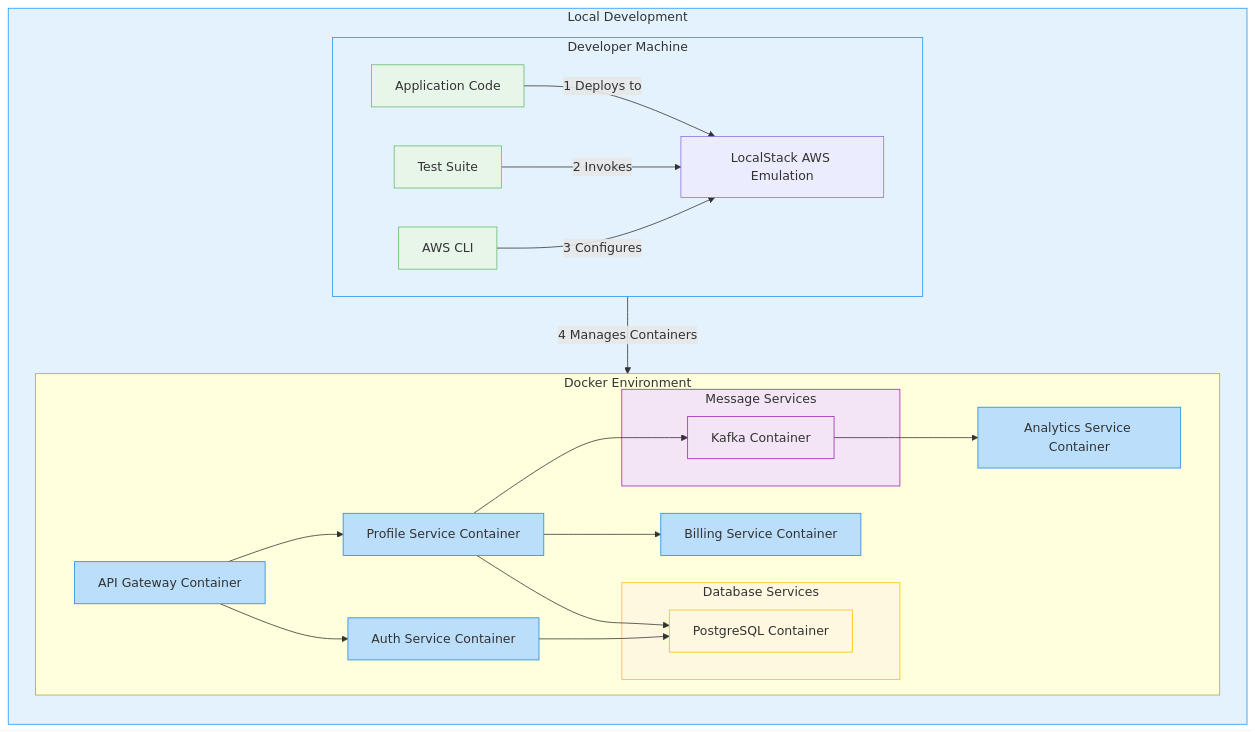
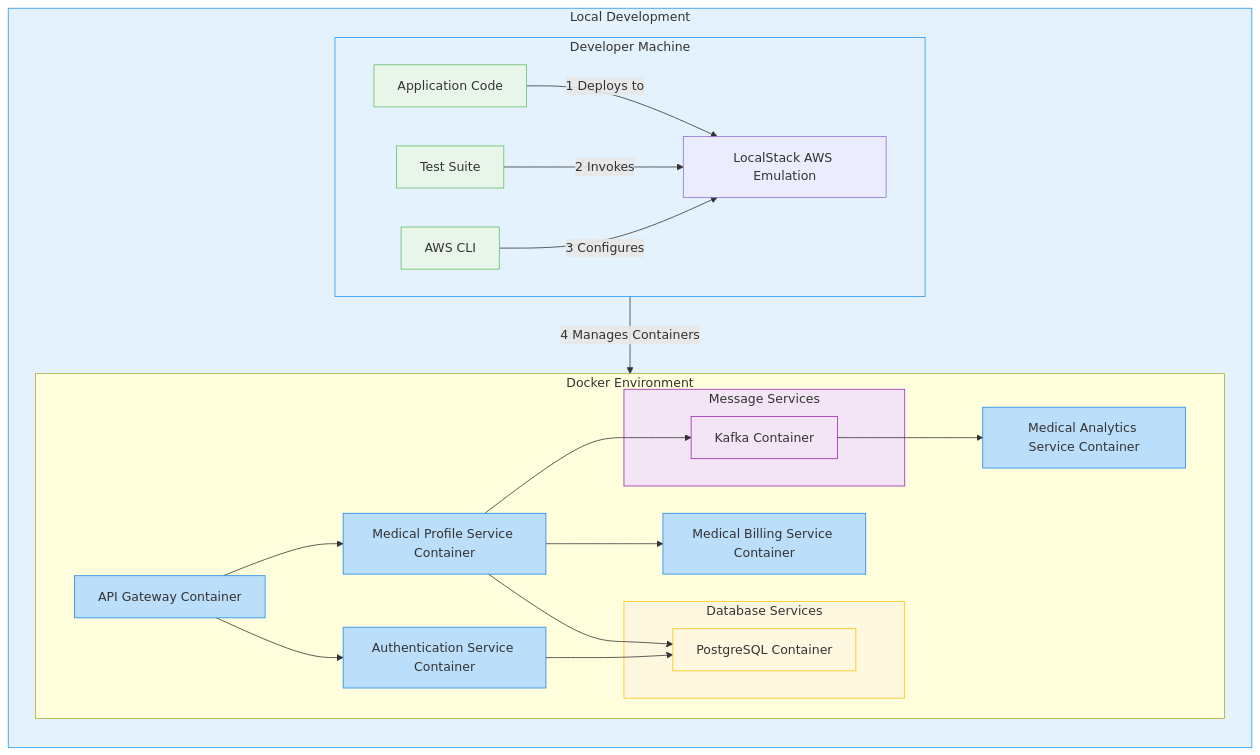
The second of 2 diagrams in infrastructure/README.md (PritiAryal/MediCore), drawn with Mermaid before and after one commit. The commit also changed other lines of this file and 1 other file, not shown here.

````diff
--- a/infrastructure/README.md
+++ b/infrastructure/README.md
@@ -218,52 +218,52 @@
 ```mermaid
 flowchart TB
                     subgraph Local[Local Development]
                         direction TB
                         
                         subgraph IDE[Developer Machine]
                             direction LR
                             Code[Application Code] -->|1 Deploys to| LocalStack[LocalStack AWS Emulation]
                             Tests[Test Suite] -->|2 Invokes| LocalStack
                             CLI[AWS CLI] -->|3 Configures| LocalStack
                         end
                         
                         subgraph DockerEnv[Docker Environment]
                             APIGW[API Gateway Container]
-                            AUTH[Auth Service Container]
-                            PROFILE[Profile Service Container]
-                            BILLING[Billing Service Container]
-                            ANALYTICS[Analytics Service Container]
+                            AUTH[Authentication Service Container]
+                            PROFILE[Medical Profile Service Container]
+                            BILLING[Medical Billing Service Container]
+                            ANALYTICS[Medical Analytics Service Container]
                             
                             subgraph DB[Database Services]
                                 POSTGRES[PostgreSQL Container]
                             end
                             
                             subgraph MSG[Message Services]
                                 KAFKA[Kafka Container]
                             end
                         end
                         
                         LocalStack -->|4 Manages Containers| DockerEnv
                         
                         %% Service Connections
                         APIGW --> AUTH
                         APIGW --> PROFILE
                         PROFILE --> BILLING
                         PROFILE --> KAFKA
                         KAFKA --> ANALYTICS
                         AUTH --> POSTGRES
                         PROFILE --> POSTGRES
                     end
                     
                     classDef dev fill:#e3f2fd,stroke:#2196f3;
                     classDef container fill:#bbdefb,stroke:#1e88e5;
                     classDef db fill:#fff8e1,stroke:#ffc107;
                     classDef msg fill:#f3e5f5,stroke:#9c27b0;
                     classDef tool fill:#e8f5e9,stroke:#66bb6a;
                     
                     class Local,IDE dev;
                     class APIGW,AUTH,PROFILE,BILLING,ANALYTICS container;
                     class DB,POSTGRES db;
                     class MSG,KAFKA msg;
                     class Code,Tests,CLI tool;
 ```
````
